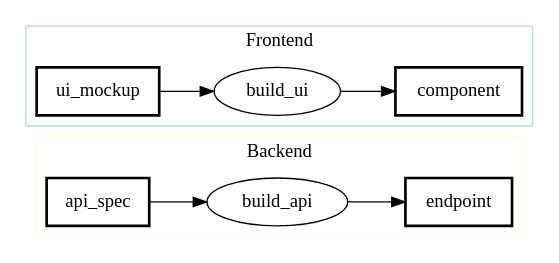
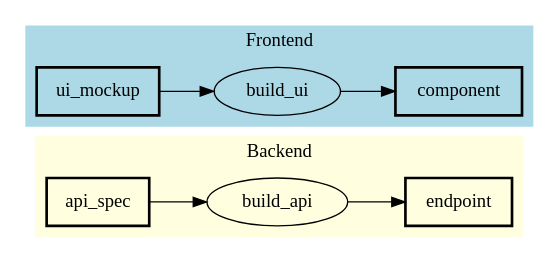
The seventh of 9 diagrams in docs/samples/README.md (takasek/pfdsl), drawn with Graphviz before and after one commit. The commit also changed other lines of this file and 21 other files, not shown here.

````diff
--- a/docs/samples/README.md
+++ b/docs/samples/README.md
@@ -258,26 +258,30 @@
 ```dot
 digraph PFDSL {
   rankdir=LR;
   newrank=true;
 
   subgraph cluster_backend {
     label="Backend";
     color="lightyellow";
+    style="filled";
+    fillcolor="lightyellow";
     "api_spec" [shape=box, label="api_spec", penwidth="2"];
     "build_api" [shape=ellipse, label="build_api"];
     "endpoint" [shape=box, label="endpoint", penwidth="2"];
   }
   subgraph cluster_frontend {
     label="Frontend";
     color="lightblue";
+    style="filled";
+    fillcolor="lightblue";
     "build_ui" [shape=ellipse, label="build_ui"];
     "component" [shape=box, label="component", penwidth="2"];
     "ui_mockup" [shape=box, label="ui_mockup", penwidth="2"];
   }
 
   "api_spec" -> "build_api";
   "build_api" -> "endpoint";
   "ui_mockup" -> "build_ui";
   "build_ui" -> "component";
 }
 ```
````
